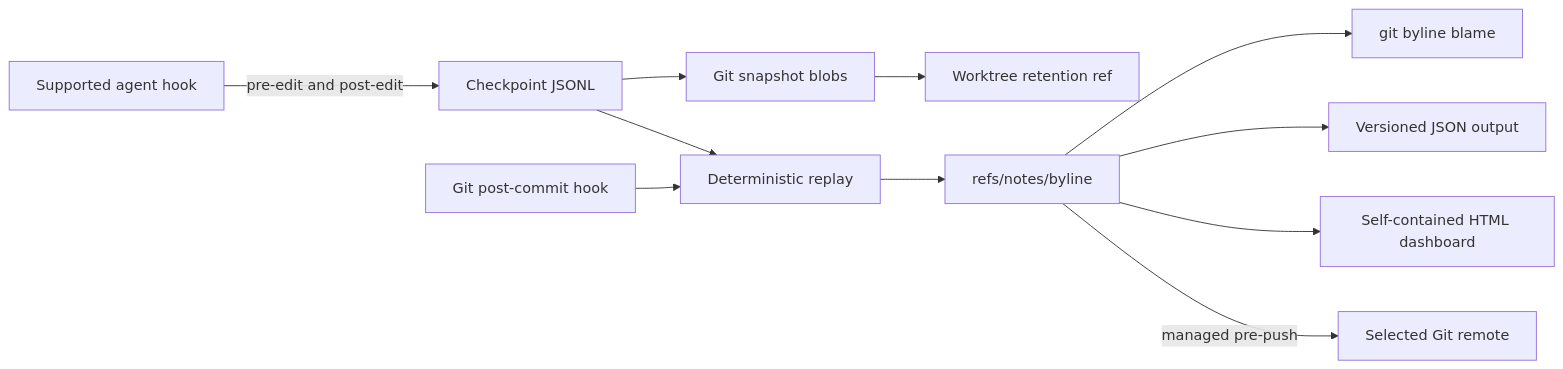
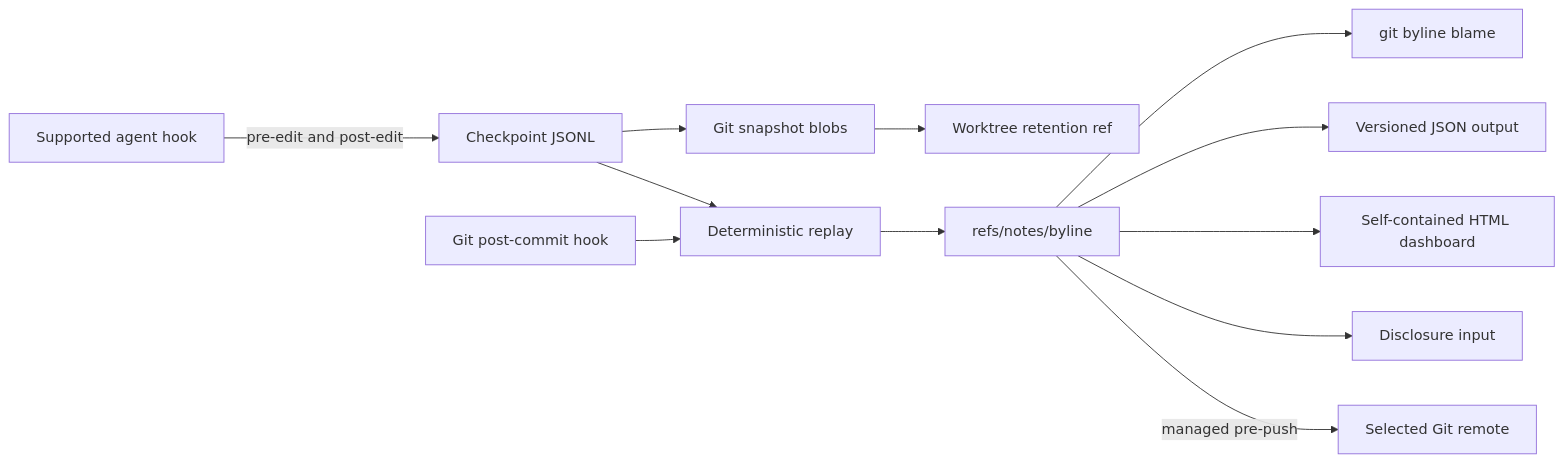
The diagram in docs/ARCHITECTURE.md (comarch/git-byline), drawn with Mermaid before and after one commit. The commit also changed other lines of this file and 9 other files, not shown here.

````diff
--- a/docs/ARCHITECTURE.md
+++ b/docs/ARCHITECTURE.md
@@ -8,13 +8,14 @@
 ```mermaid
 flowchart LR
     A[Supported agent hook] -->|pre-edit and post-edit| C[Checkpoint JSONL]
     C --> O[Git snapshot blobs]
     O --> R[Worktree retention ref]
     G[Git post-commit hook] --> P[Deterministic replay]
     C --> P
     P --> N[refs/notes/byline]
     N --> B[git byline blame]
     N --> J[Versioned JSON output]
     N --> D[Self-contained HTML dashboard]
+    N --> Q[Disclosure input]
     N -->|managed pre-push| X[Selected Git remote]
 ```
````
